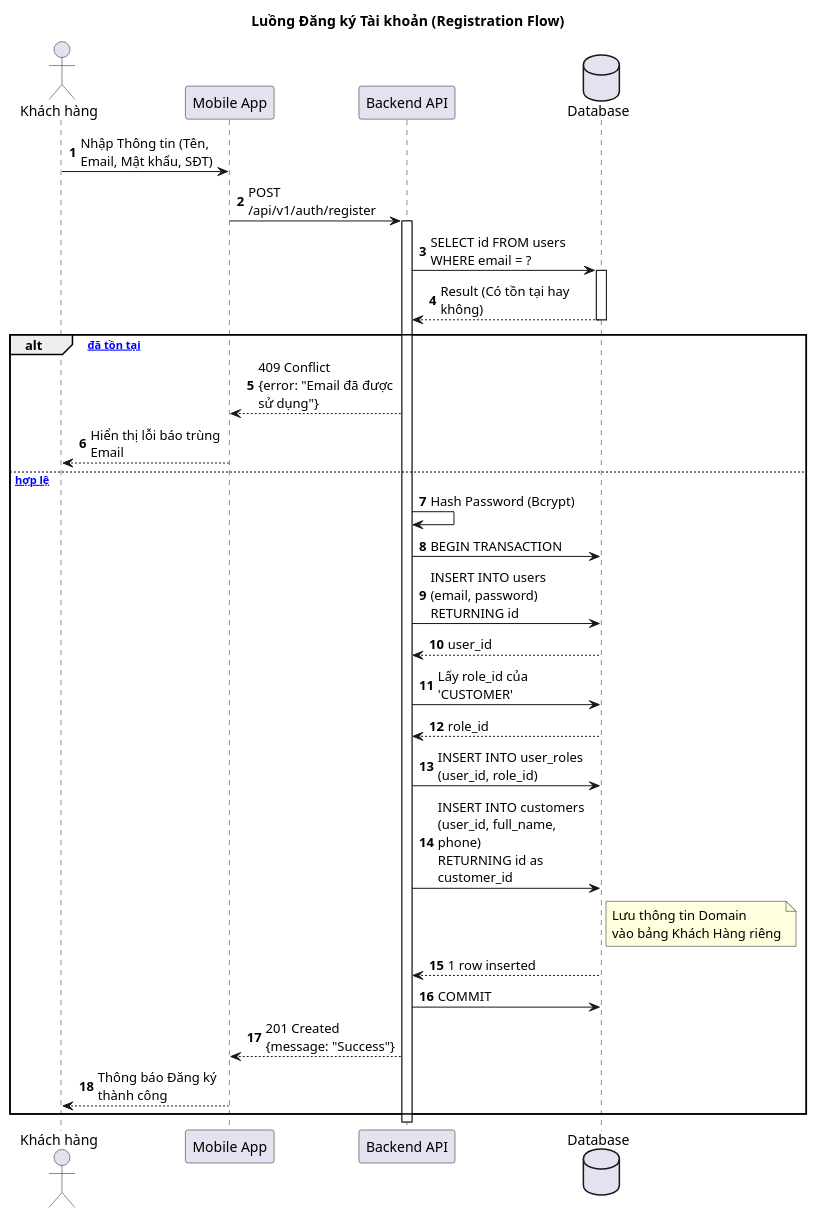
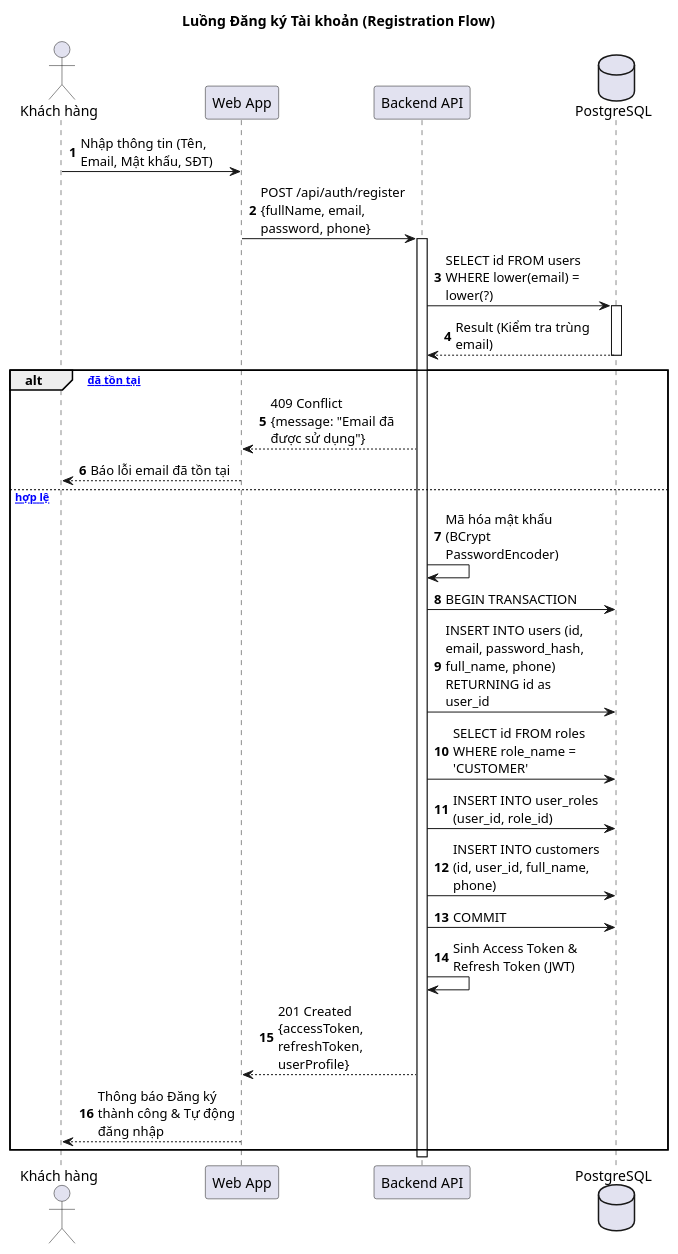
The first of 5 diagrams in docs/sequence.md (hung-it/Badminton_Court_Management), drawn with PlantUML before and after one commit. The commit also changed other lines of this file and 62 other files, not shown here.

````diff
--- a/docs/sequence.md
+++ b/docs/sequence.md
@@ -12,45 +11,40 @@
 ```plantuml
 @startuml
 title Luồng Đăng ký Tài khoản (Registration Flow)
 autonumber
 skinparam maxMessageSize 150
 
 actor "Khách hàng" as User
-participant "Mobile App" as UI
+participant "Web App" as UI
 participant "Backend API" as API
-database "Database" as DB
+database "PostgreSQL" as DB
 
-User -> UI : Nhập Thông tin (Tên, Email, Mật khẩu, SĐT)
-UI -> API : POST /api/v1/auth/register
+User -> UI : Nhập thông tin (Tên, Email, Mật khẩu, SĐT)
+UI -> API : POST /api/auth/register\n{fullName, email, password, phone}
 activate API
 
-API -> DB : SELECT id FROM users WHERE email = ?
+API -> DB : SELECT id FROM users WHERE lower(email) = lower(?)
 activate DB
-DB --> API : Result (Có tồn tại hay không)
+DB --> API : Result (Kiểm tra trùng email)
 deactivate DB
 
 alt [Email đã tồn tại]
-    API --> UI : 409 Conflict\n{error: "Email đã được sử dụng"}
-    UI --> User : Hiển thị lỗi báo trùng Email
+    API --> UI : 409 Conflict\n{message: "Email đã được sử dụng"}
+    UI --> User : Báo lỗi email đã tồn tại
 else [Email hợp lệ]
-    API -> API : Hash Password (Bcrypt)
+    API -> API : Mã hóa mật khẩu (BCrypt PasswordEncoder)
     
     API -> DB : BEGIN TRANSACTION
-    API -> DB : INSERT INTO users (email, password)\nRETURNING id
-    DB --> API : user_id
-    
-    API -> DB : Lấy role_id của 'CUSTOMER'
-    DB --> API : role_id
-    
+    API -> DB : INSERT INTO users (id, email, password_hash, full_name, phone)\nRETURNING id as user_id
+    API -> DB : SELECT id FROM roles WHERE role_name = 'CUSTOMER'
     API -> DB : INSERT INTO user_roles (user_id, role_id)
-    
-    API -> DB : INSERT INTO customers (user_id, full_name, phone)\nRETURNING id as customer_id
-    note right of DB: Lưu thông tin Domain\nvào bảng Khách Hàng riêng
-    DB --> API : 1 row inserted
+    API -> DB : INSERT INTO customers (id, user_id, full_name, phone)
     API -> DB : COMMIT
     
-    API --> UI : 201 Created\n{message: "Success"}
-    UI --> User : Thông báo Đăng ký thành công
+    API -> API : Sinh Access Token & Refresh Token (JWT)
+    API --> UI : 201 Created\n{accessToken, refreshToken, userProfile}
+    UI --> User : Thông báo Đăng ký thành công & Tự động đăng nhập
 end
+deactivate API
 @enduml
 ```
````
